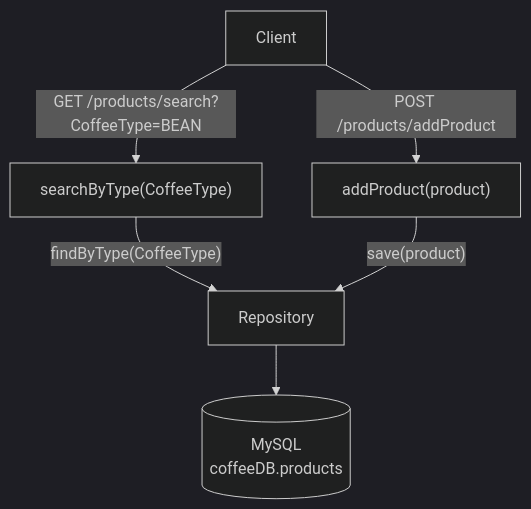
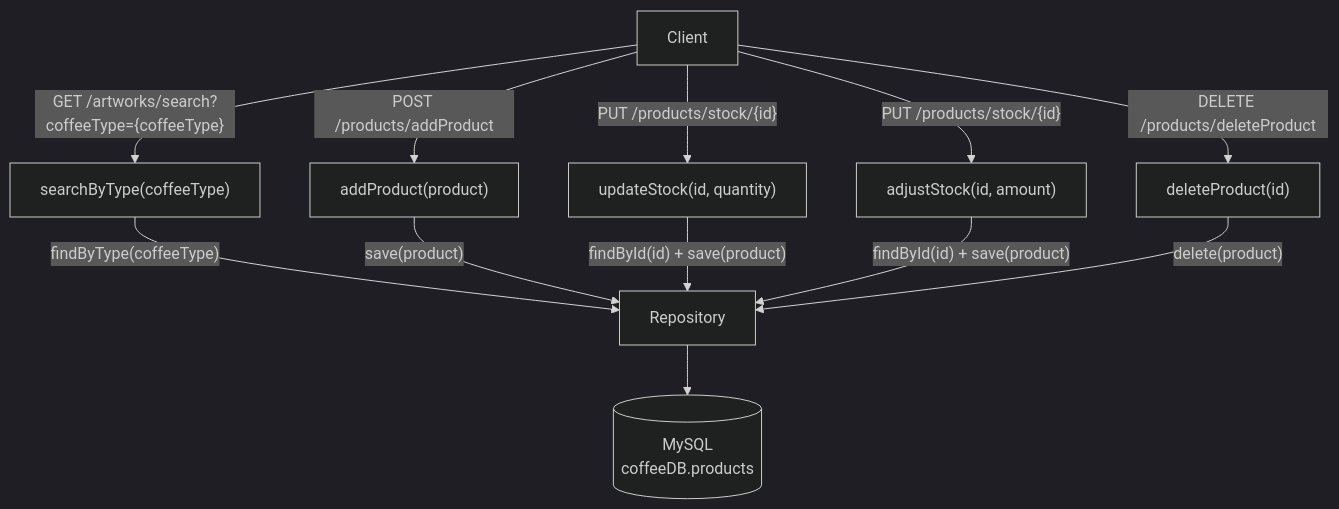
One commit to Jade-Evans/group-2-project changed the diagram in README.md. Above: the diagram before and after it, drawn with Mermaid (dark theme). The commit also changed other lines of this file, not shown here.

Commit message:
update mermaid flow digram with assigned REST endpoints & methods

````diff
--- a/README.md
+++ b/README.md
@@ -14,13 +13,19 @@
 ```mermaid
 
 flowchart TD
     Client["Client"]
-    Client -->|"GET /products/search?CoffeeType=BEAN"| GetByType["searchByType(CoffeeType)"]
-    Client -->|"POST /products/addProduct"| Create["addProduct(product)"]
-
-    GetByType -->|"findByType(CoffeeType)"|Repository
-    Create -->|"save(product)"| Repository
-  
+    Client -->|"GET /artworks/search?coffeeType={coffeeType}"| SearchByType["searchByType(coffeeType)"]
+    Client -->|"POST /products/addProduct"| CreateProduct["addProduct(product)"]
+    Client -->|"PUT /products/stock/{id}"| UpdateStock["updateStock(id, quantity)"]
+    Client -->|"PUT /products/stock/{id}"| AdjustStock["adjustStock(id, amount)"]
+    Client --> |"DELETE /products/deleteProduct"| DeleteById["deleteProduct(id)"]
+    
+    SearchByType -->|"findByType(coffeeType)"| Repository
+    CreateProduct -->|"save(product)"| Repository
+    UpdateStock-->|"findById(id) + save(product)"| Repository
+    AdjustStock-->|"findById(id) + save(product)"| Repository
+    DeleteById -->|"delete(product)"| Repository
+    
     Repository --> Database[("MySQL<br/>coffeeDB.products")]
 
 ```
````
